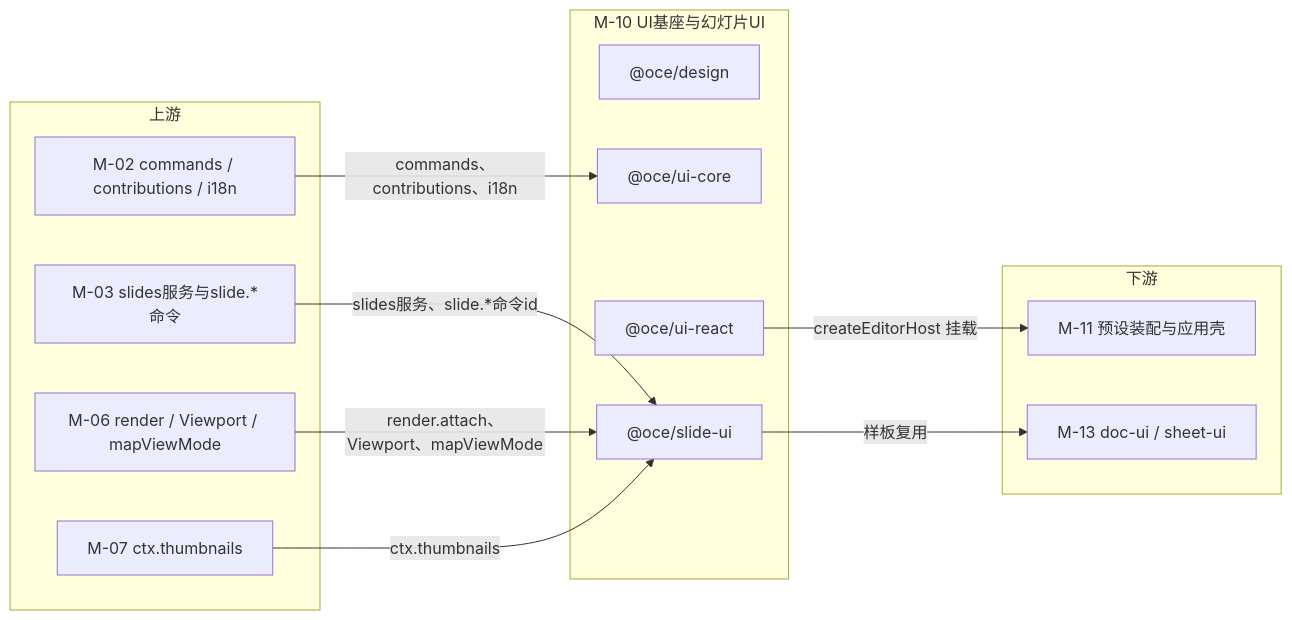
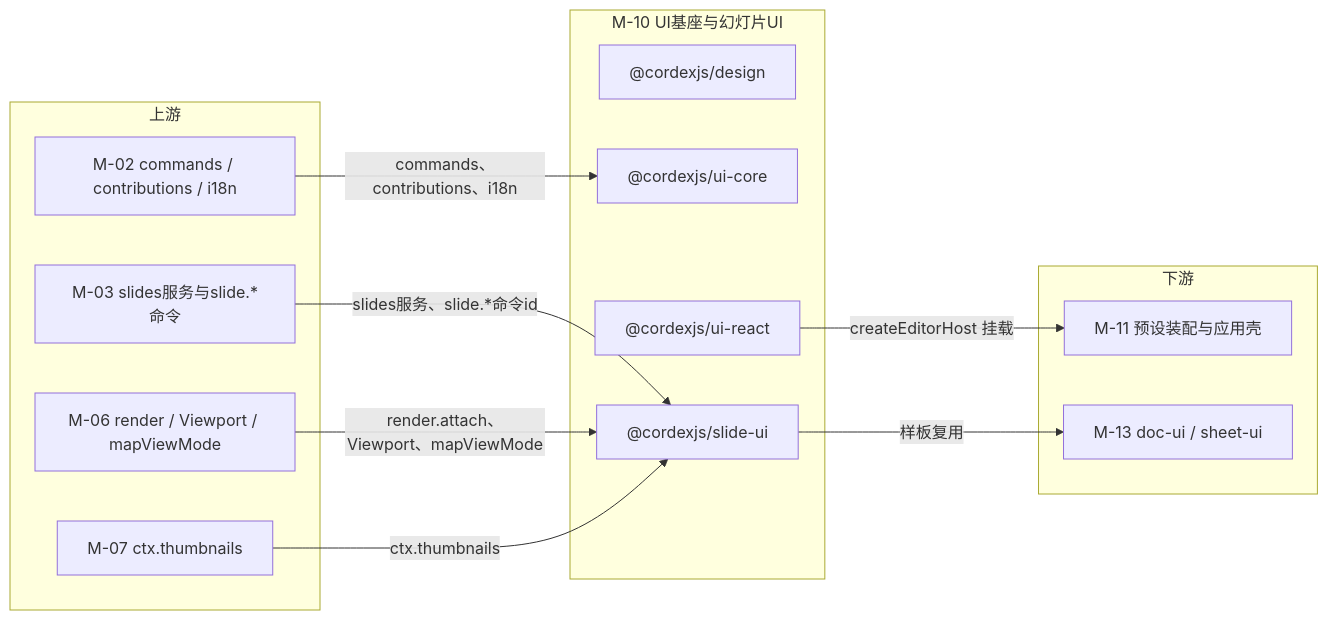
The first of 5 diagrams in docs/40-modules/10-ui-shell-and-slide-ui.md (Xeonice/cordis-ppt-editor), drawn with Mermaid before and after one commit. The commit also changed other lines of this file and 23 other files, not shown here.

````diff
--- a/docs/40-modules/10-ui-shell-and-slide-ui.md
+++ b/docs/40-modules/10-ui-shell-and-slide-ui.md
@@ -26,25 +26,25 @@
 ```mermaid
 flowchart LR
 subgraph up["上游"]
   m02["M-02 commands / contributions / i18n"]
   m03["M-03 slides服务与slide.*命令"]
   m06["M-06 render / Viewport / mapViewMode"]
   m07["M-07 ctx.thumbnails"]
 end
 subgraph mod["M-10 UI基座与幻灯片UI"]
-  design["@oce/design"]
-  uiCore["@oce/ui-core"]
-  uiReact["@oce/ui-react"]
-  slideUi["@oce/slide-ui"]
+  design["@cordexjs/design"]
+  uiCore["@cordexjs/ui-core"]
+  uiReact["@cordexjs/ui-react"]
+  slideUi["@cordexjs/slide-ui"]
 end
 subgraph down["下游"]
   m11["M-11 预设装配与应用壳"]
   m13["M-13 doc-ui / sheet-ui"]
 end
 m02 -- "commands、contributions、i18n" --> uiCore
 m03 -- "slides服务、slide.*命令id" --> slideUi
 m06 -- "render.attach、Viewport、mapViewMode" --> slideUi
 m07 -- "ctx.thumbnails" --> slideUi
 uiReact -- "createEditorHost 挂载" --> m11
 slideUi -- "样板复用" --> m13
 ```
````
